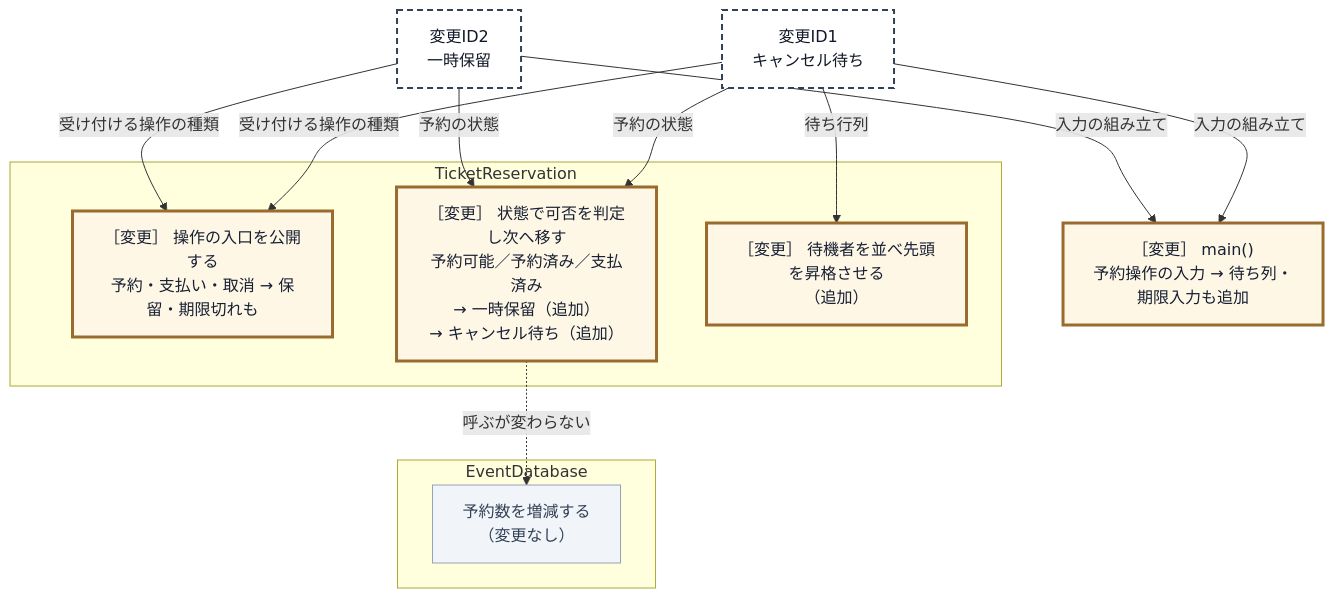
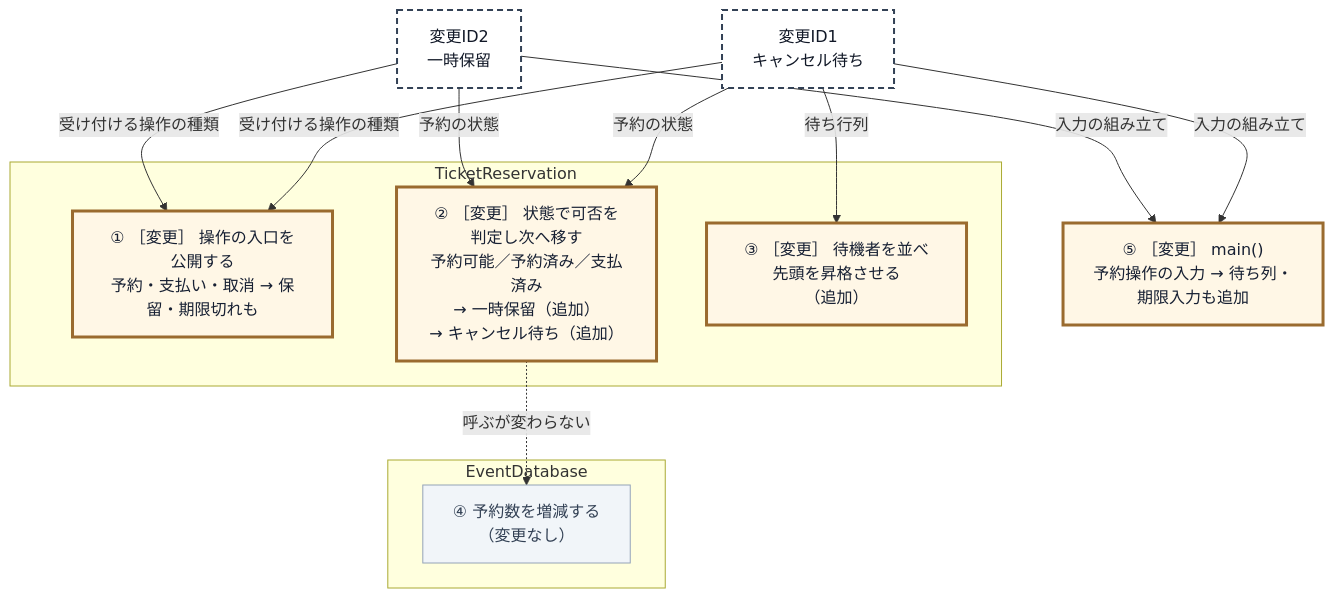
Diagram 11 of 26 in kindle/design-patterns/books/volume01-core-patterns/output/04-chapter02.md (kumachan1101-pixel/DesignPattern), drawn with Mermaid before and after one commit. The commit also changed other lines of this file and 19 other files, not shown here.

````diff
--- a/kindle/design-patterns/books/volume01-core-patterns/output/04-chapter02.md
+++ b/kindle/design-patterns/books/volume01-core-patterns/output/04-chapter02.md
@@ -1365,30 +1365,30 @@
 ```mermaid
 graph TD
     T1["変更ID1<br>キャンセル待ち"]:::req
     T2["変更ID2<br>一時保留"]:::req
 
     subgraph TR["TicketReservation"]
-        R1["［変更］ 操作の入口を公開する<br>予約・支払い・取消 → 保留・期限切れも"]:::touched
-        R2["［変更］ 状態で可否を判定し次へ移す<br>予約可能／予約済み／支払済み<br>→ 一時保留（追加）<br>→ キャンセル待ち（追加）"]:::touched
-        R3["［変更］ 待機者を並べ先頭を昇格させる<br>（追加）"]:::touched
+        R1["① ［変更］ 操作の入口を公開する<br>予約・支払い・取消 → 保留・期限切れも"]:::touched
+        R2["② ［変更］ 状態で可否を判定し次へ移す<br>予約可能／予約済み／支払済み<br>→ 一時保留（追加）<br>→ キャンセル待ち（追加）"]:::touched
+        R3["③ ［変更］ 待機者を並べ先頭を昇格させる<br>（追加）"]:::touched
     end
 
     subgraph EDB["EventDatabase"]
-        D1["予約数を増減する<br>（変更なし）"]:::keep
+        D1["④ 予約数を増減する<br>（変更なし）"]:::keep
     end
 
-    M["［変更］ main()<br>予約操作の入力 → 待ち列・期限入力も追加"]:::touched
+    M["⑤ ［変更］ main()<br>予約操作の入力 → 待ち列・期限入力も追加"]:::touched
 
     T1 -->|"受け付ける操作の種類"| R1
     T1 -->|"予約の状態"| R2
     T1 -->|"待ち行列"| R3
     T1 -->|"入力の組み立て"| M
     T2 -->|"受け付ける操作の種類"| R1
     T2 -->|"予約の状態"| R2
     T2 -->|"入力の組み立て"| M
     R2 -.->|"呼ぶが変わらない"| D1
 
     classDef req fill:#ffffff,stroke:#334155,stroke-width:2px,stroke-dasharray:6 4,color:#111827;
     classDef keep fill:#f1f5f9,stroke:#94a3b8,color:#334155;
     classDef touched fill:#fff7e6,stroke:#9a6b2f,stroke-width:3px,color:#172033;
 ```
````
